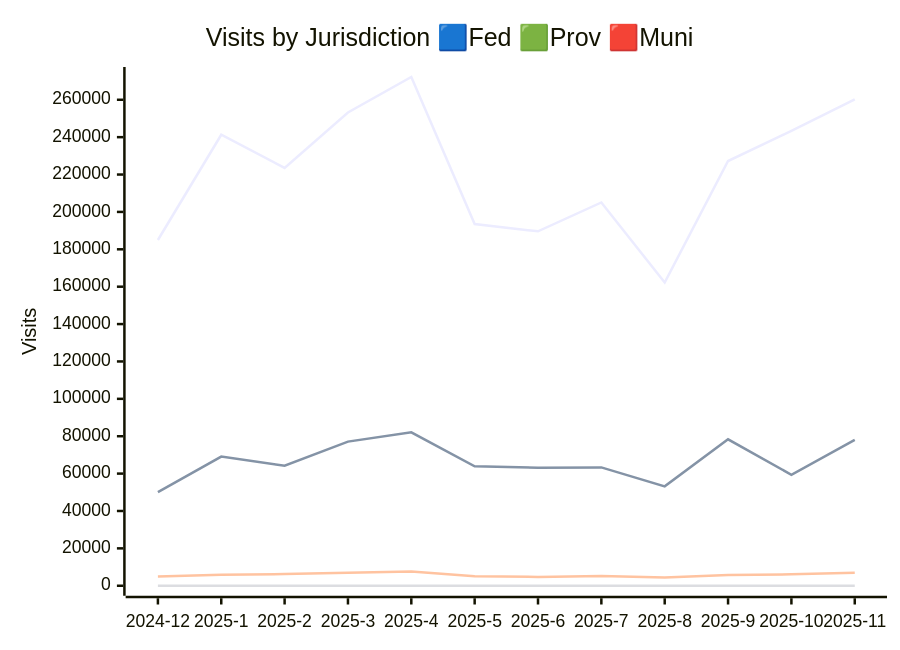
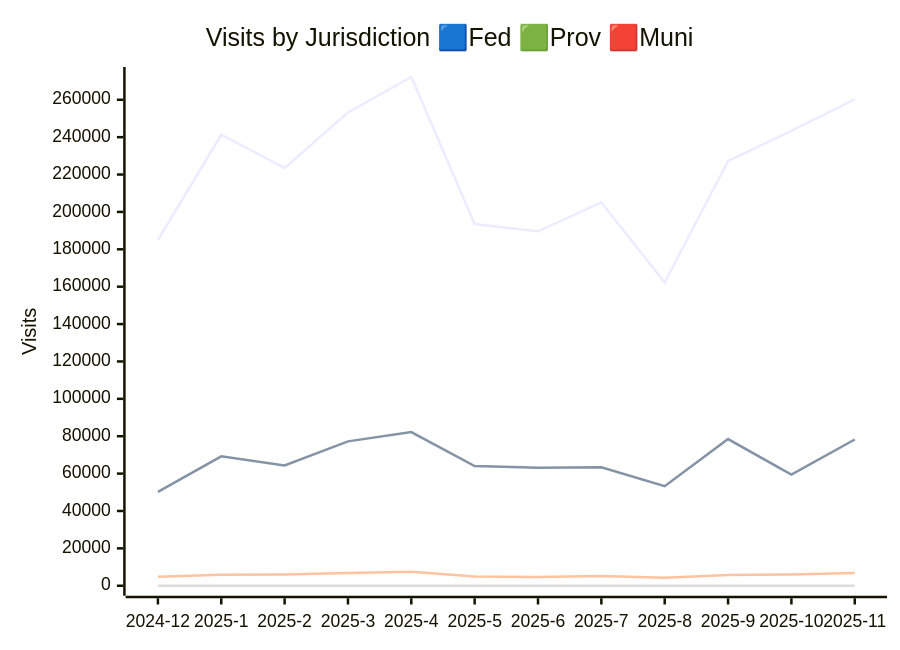
One commit to open-data/analytics-corporate-reporting changed the second of 3 diagrams in JURISDICTION_ANALYTICS_REPORT/readme.md. Above: the diagram before and after it, drawn with Mermaid. The commit also changed other lines of this file and 3 other files, not shown here.

````diff
--- a/JURISDICTION_ANALYTICS_REPORT/readme.md
+++ b/JURISDICTION_ANALYTICS_REPORT/readme.md
@@ -27,11 +27,11 @@
 ```mermaid
 
 xychart-beta
     title "Visits by Jurisdiction 🟦Fed 🟩Prov 🟥Muni"
     x-axis [2024-12, 2025-1, 2025-2, 2025-3, 2025-4, 2025-5, 2025-6, 2025-7, 2025-8, 2025-9, 2025-10, 2025-11]
     y-axis "Visits" 0 --> 272184
     line [184987, 241281, 223560, 253204, 272174, 193520, 189613, 205048, 162241, 227241, 243414, 260165]
-    line [50130, 69098, 64185, 77105, 82071, 63925, 63108, 63328, 53168, 78331, 59351, 78058]
-    line [4924, 5948, 6234, 6993, 7564, 5052, 4744, 5256, 4401, 5808, 6100, 6934]
+    line [50236, 69231, 64374, 77258, 82220, 64023, 63187, 63401, 53235, 78462, 59456, 78236]
+    line [4823, 5824, 6054, 6850, 7423, 4958, 4671, 5184, 4334, 5687, 6003, 6760]
     line [0, 0, 0, 0, 0, 0, 0, 0, 0, 0, 13, 7]
 ```
````
